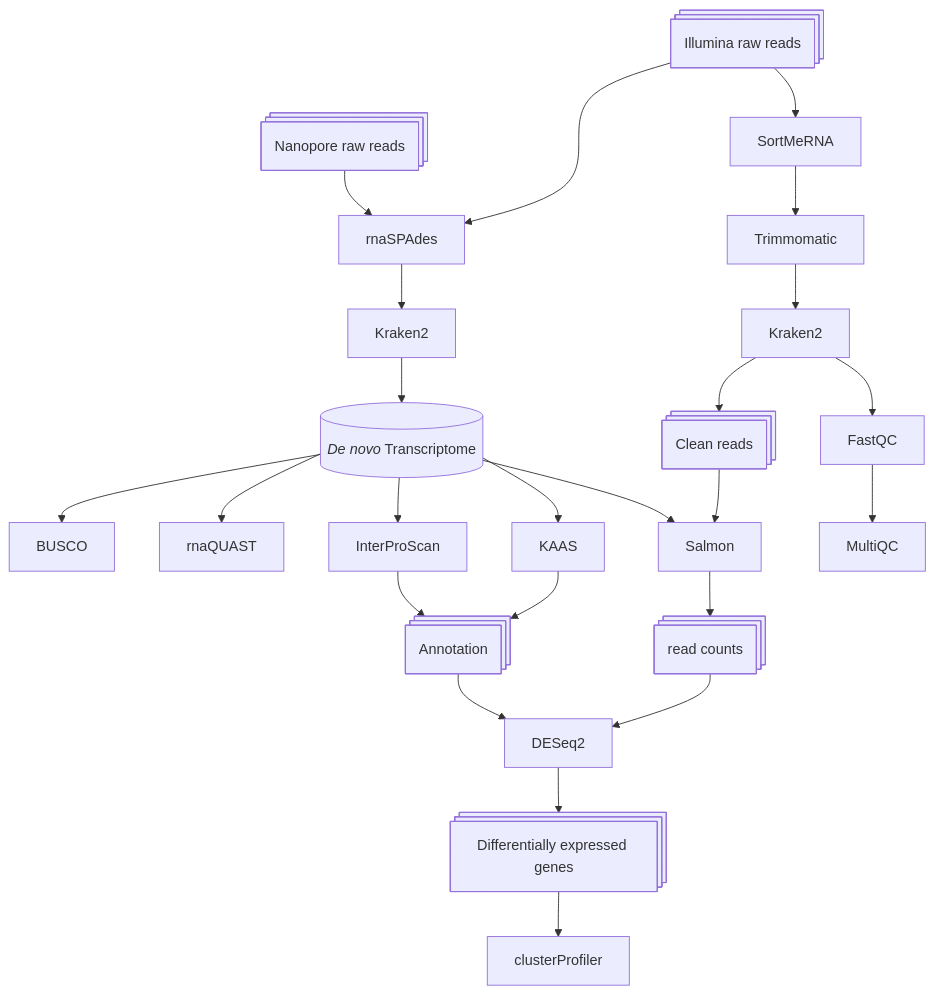
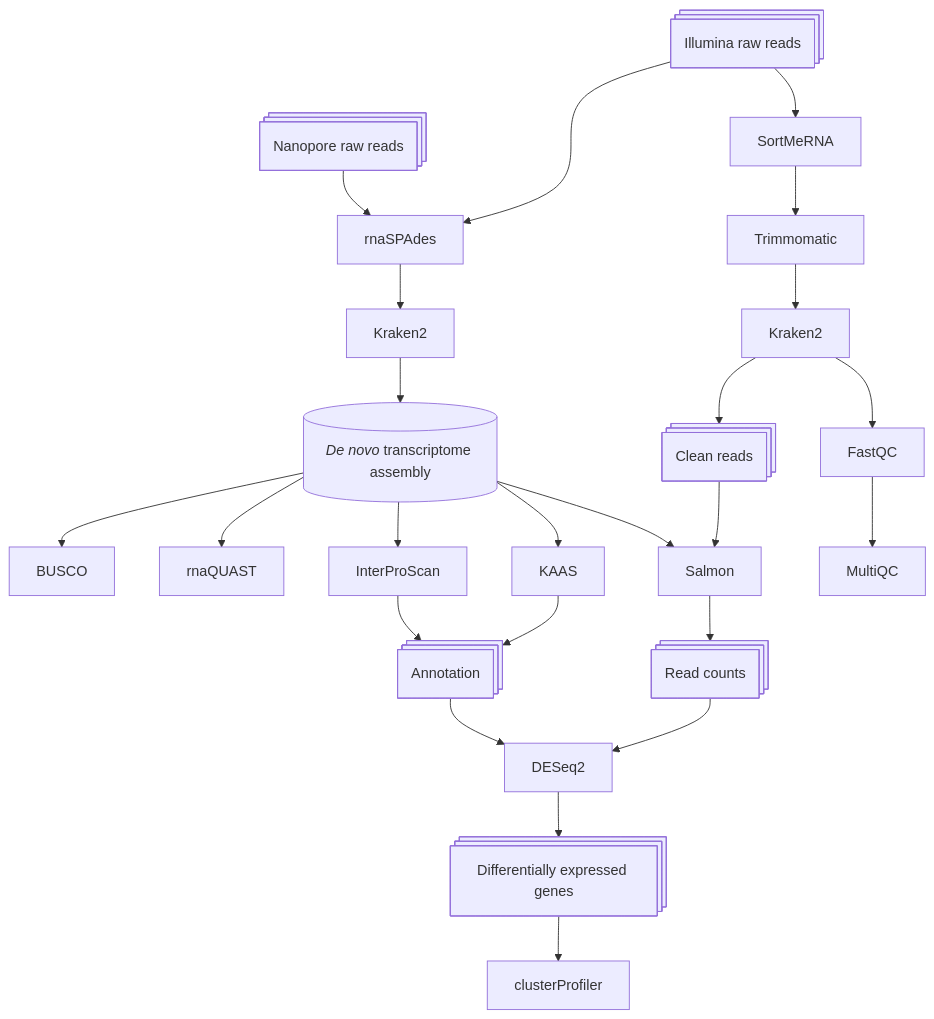
One commit to kuprinak/Phragmites_drought_RNAseq changed the diagram in README.md. Above: the diagram before and after it, drawn with Mermaid.

````diff
--- a/README.md
+++ b/README.md
@@ -18,26 +18,26 @@
 ```mermaid
 flowchart TB
     A@{shape: procs, label: "Illumina raw reads"} --> B[SortMeRNA];
 AA@{shape: procs, label: "Nanopore raw reads"} --> G[rnaSPAdes];
-K2 -->T@{shape: cyl, label: "_De novo_ Transcriptome"};
+K2 -->T@{shape: cyl, label: "_De novo_ transcriptome assembly"};
     B --> C[Trimmomatic];
     C --> K[Kraken2];
     K --> F@{shape: procs, label: "Clean reads"};
     A --> G[rnaSPAdes];
     G --> K2[Kraken2];
     T --> BU[BUSCO];
     T --> Q[rnaQUAST];
     T --> I[InterProScan];
     I --> An@{shape: procs, label: "Annotation"};
     KAAS --> An@{shape: procs, label: "Annotation"};
     An --> R;
     T --> KAAS[KAAS];  
     T --> S[Salmon];
     F --> S[Salmon];
-    S --> q@{shape: procs, label: "read counts"};
+    S --> q@{shape: procs, label: "Read counts"};
     q --> R[DESeq2];
     R --> DEG@{shape: procs, label: "Differentially expressed genes"};
     DEG --> cl[clusterProfiler];
     K --> E[FastQC];
     E --> m[MultiQC];
 ```
````
